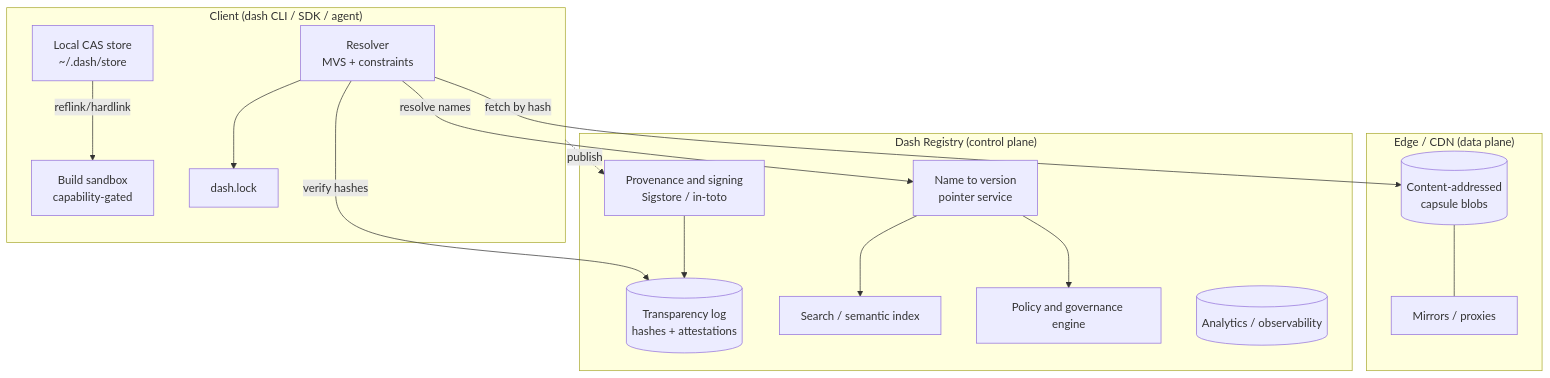
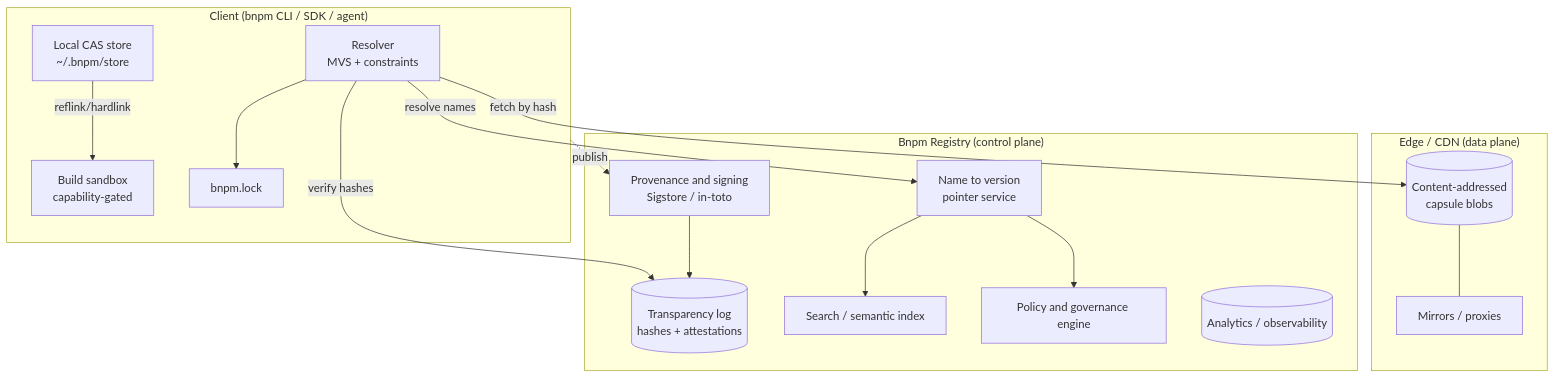
Before and after one commit to gabrielvfonseca/better-npm: the first of 2 diagrams in docs/docs/DESIGN.md, drawn with Mermaid. The commit also changed other lines of this file and 368 other files, not shown here.

````diff
--- a/docs/docs/DESIGN.md
+++ b/docs/docs/DESIGN.md
@@ -120,34 +120,34 @@
 ```mermaid
 flowchart TB
-  subgraph Client["Client (dash CLI / SDK / agent)"]
+  subgraph Client["Client (bnpm CLI / SDK / agent)"]
     R[Resolver<br/>MVS + constraints]
-    ST[Local CAS store<br/>~/.dash/store]
+    ST[Local CAS store<br/>~/.bnpm/store]
     SB[Build sandbox<br/>capability-gated]
-    LK[dash.lock]
+    LK[bnpm.lock]
   end
 
   subgraph Edge["Edge / CDN (data plane)"]
     CAS[(Content-addressed<br/>capsule blobs)]
     MIR["Mirrors / proxies"]
   end
 
-  subgraph Registry["Dash Registry (control plane)"]
+  subgraph Registry["Bnpm Registry (control plane)"]
     NS["Name to version<br/>pointer service"]
     TL[("Transparency log<br/>hashes + attestations")]
     PROV["Provenance and signing<br/>Sigstore / in-toto"]
     IDX["Search / semantic index"]
     POL["Policy and governance engine"]
     ANA[("Analytics / observability")]
   end
 
   R -->|resolve names| NS
   R -->|verify hashes| TL
   R -->|fetch by hash| CAS
   CAS --- MIR
   ST -->|reflink/hardlink| SB
   R --> LK
   PROV --> TL
   NS --> IDX
   NS --> POL
   Client -.publish.-> PROV
 ```
````
